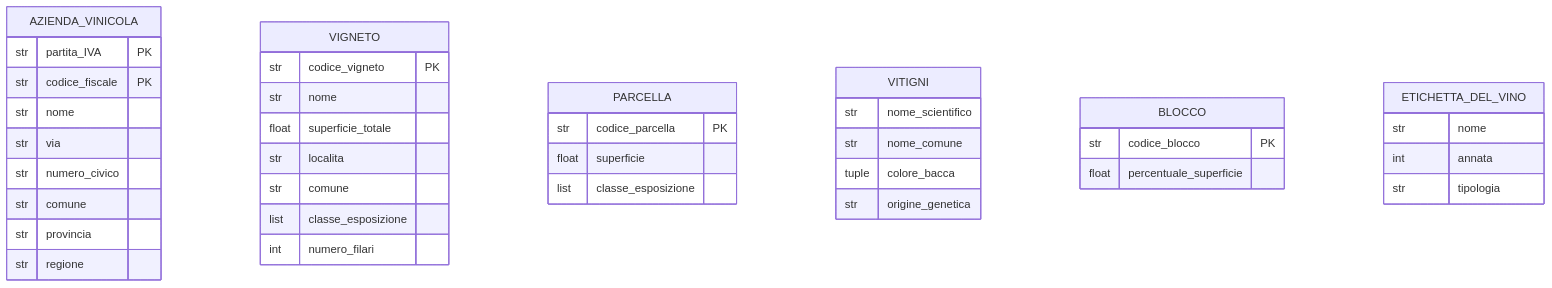
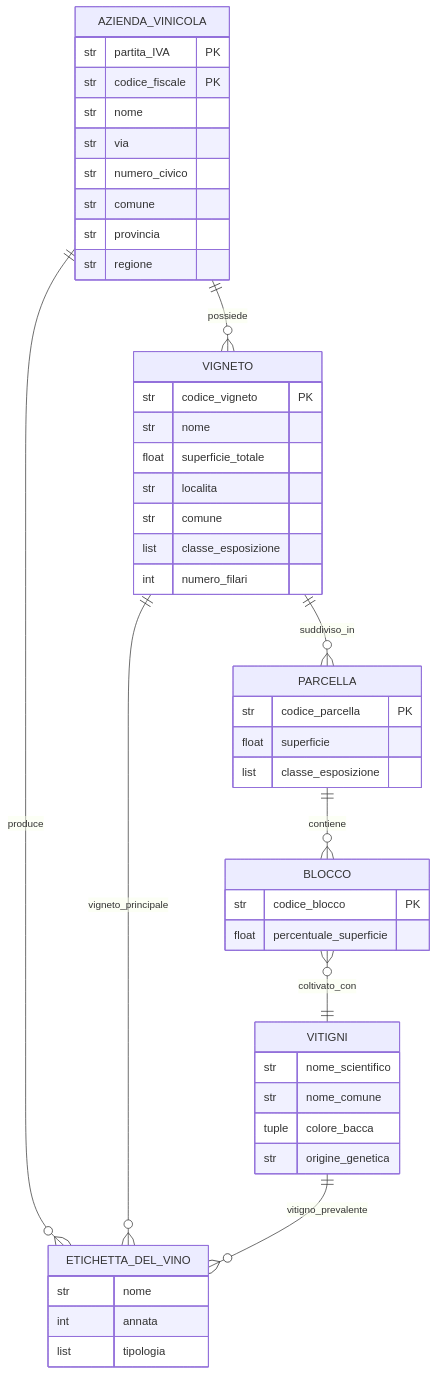
Before and after one commit to LucaPontellini/Homepage: the diagram in Computer_science/New_exercises_with_database/Mermaid/Pontellini_007.md, drawn with Mermaid.

````diff
--- a/Computer_science/New_exercises_with_database/Mermaid/Pontellini_007.md
+++ b/Computer_science/New_exercises_with_database/Mermaid/Pontellini_007.md
@@ -14,48 +14,56 @@
 ```mermaid
 
 erDiagram
     AZIENDA_VINICOLA {
       str partita_IVA PK
       str codice_fiscale PK
       str nome
       str via
       str numero_civico
       str comune
       str provincia
       str regione
     }
 
     VIGNETO {
       str codice_vigneto PK
       str nome
       float superficie_totale
       str localita
       str comune
       list classe_esposizione
       int numero_filari
     }
 
     PARCELLA {
       str codice_parcella PK
       float superficie
       list classe_esposizione
     }
 
     VITIGNI {
       str nome_scientifico
       str nome_comune
       tuple colore_bacca
       str origine_genetica
     }
 
     BLOCCO {
       str codice_blocco PK
       float percentuale_superficie
     }
 
     ETICHETTA_DEL_VINO {
       str nome
       int annata
-      str tipologia
+      list tipologia
     }
+
+    AZIENDA_VINICOLA ||--o{ VIGNETO : possiede
+    VIGNETO ||--o{ PARCELLA : suddiviso_in
+    PARCELLA ||--o{ BLOCCO : contiene
+    BLOCCO }o--|| VITIGNI : coltivato_con
+    AZIENDA_VINICOLA ||--o{ ETICHETTA_DEL_VINO : produce
+    VIGNETO ||--o{ ETICHETTA_DEL_VINO : vigneto_principale
+    VITIGNI ||--o{ ETICHETTA_DEL_VINO : vitigno_prevalente
 ```
````
